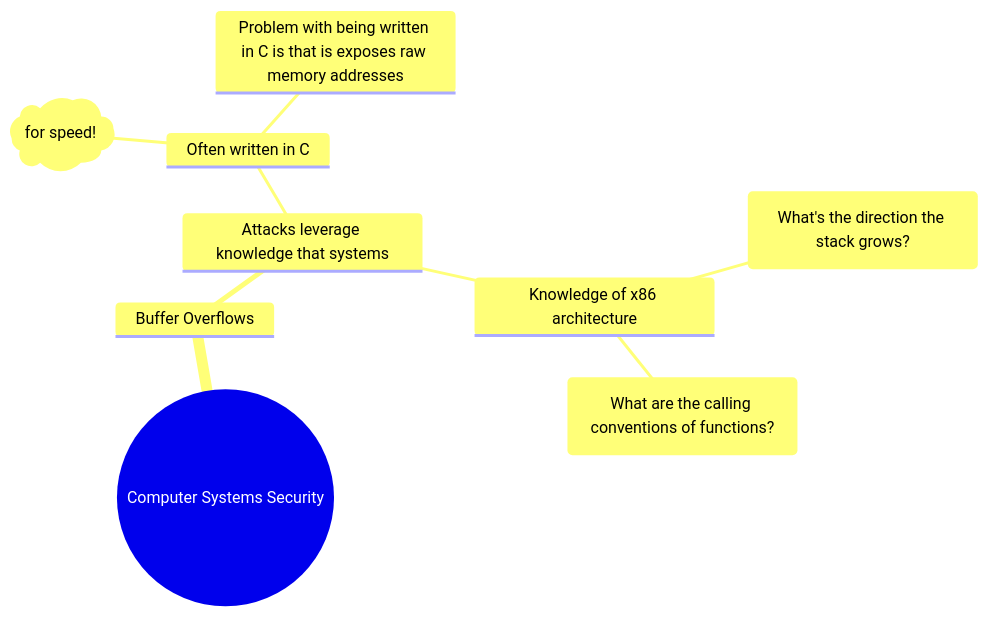
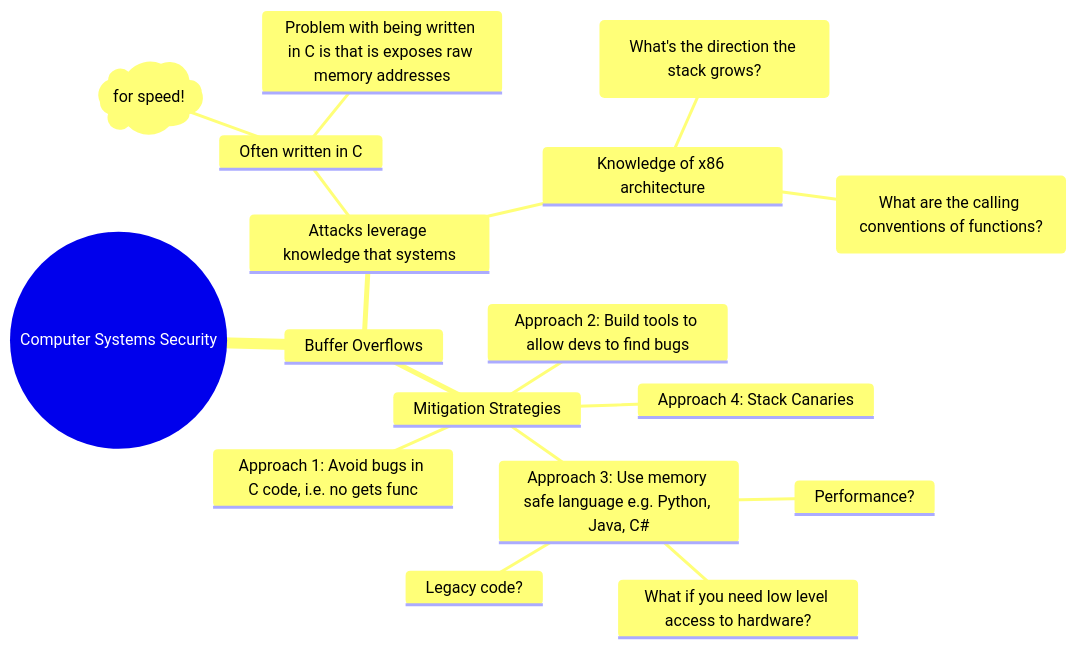
One commit to nicjlambert/study changed the diagram in Computer Systems Security/Content.md. Above: the diagram before and after it, drawn with Mermaid. The commit also changed other lines of this file and 1 other file, not shown here.

````diff
--- a/Computer Systems Security/Content.md
+++ b/Computer Systems Security/Content.md
@@ -7,13 +5,21 @@
 ```mermaid
 mindmap
   root((Computer Systems Security))
     Buffer Overflows
         Attacks leverage knowledge that systems
             Often written in C
                 )for speed!(
                 Problem with being written in C is that is exposes raw memory addresses
             Knowledge of x86 architecture
                 (What's the direction the stack grows?)
                 (What are the calling conventions of functions?)
+        Mitigation Strategies
+            Approach 1: Avoid bugs in C code, i.e. no gets func
+            Approach 2: Build tools to allow devs to find bugs
+            Approach 3: Use memory safe language e.g. Python, Java, C#
+                What if you need low level access to hardware?
+                Legacy code?
+                Performance?
+            Approach 4: Stack Canaries
         
 ```
````
